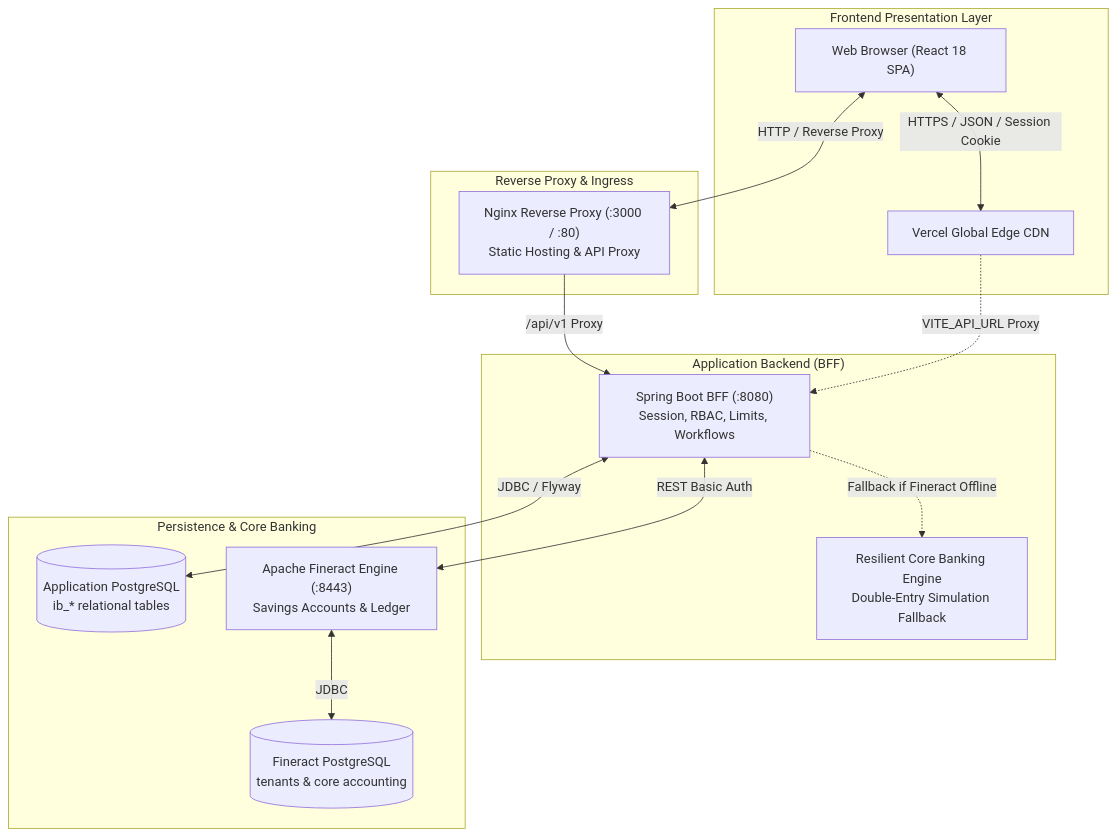
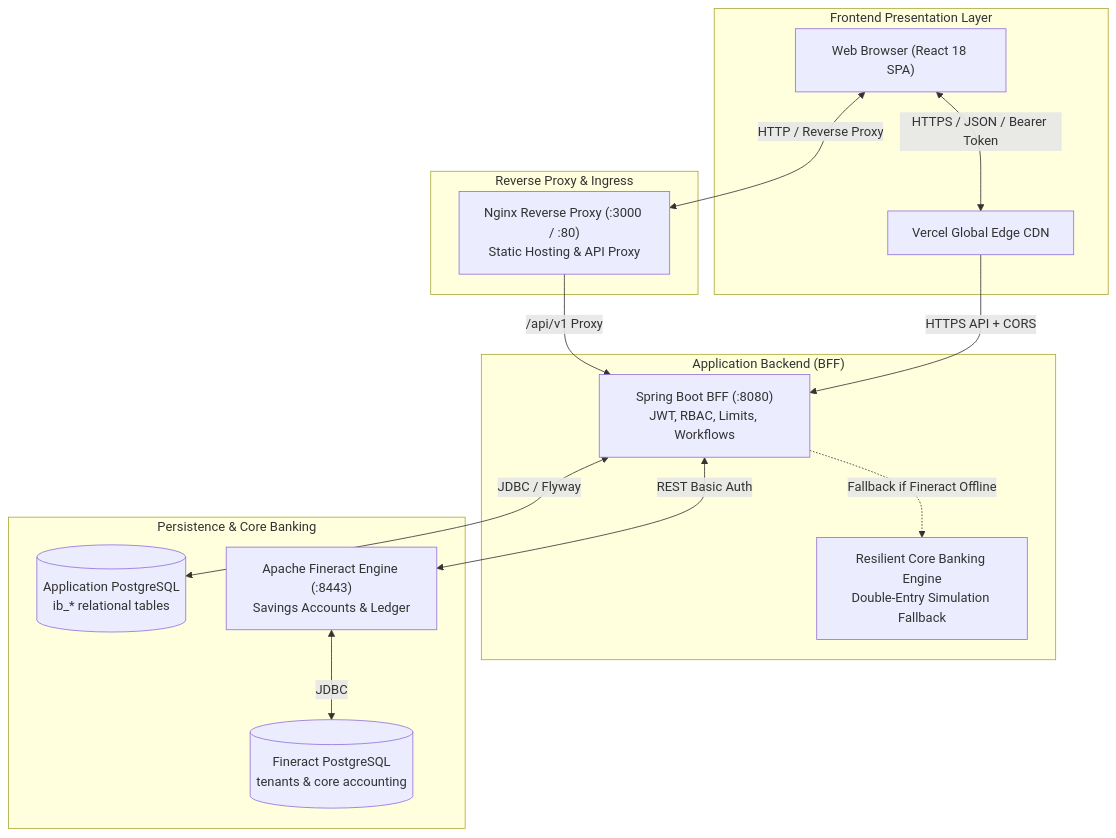
One commit to anandsitaram/internet-banking changed the diagram in docs/setup-guide.md. Above: the diagram before and after it, drawn with Mermaid. The commit also changed other lines of this file and 24 other files, not shown here.

````diff
--- a/docs/setup-guide.md
+++ b/docs/setup-guide.md
@@ -38,31 +38,31 @@
 ```mermaid
 flowchart TD
     subgraph Client ["Frontend Presentation Layer"]
         Browser["Web Browser (React 18 SPA)"]
         VercelCDN["Vercel Global Edge CDN"]
     end
 
     subgraph Gateway ["Reverse Proxy & Ingress"]
         Nginx["Nginx Reverse Proxy (:3000 / :80)<br/>Static Hosting & API Proxy"]
     end
 
     subgraph ApplicationServer ["Application Backend (BFF)"]
-        BFF["Spring Boot BFF (:8080)<br/>Session, RBAC, Limits, Workflows"]
+        BFF["Spring Boot BFF (:8080)<br/>JWT, RBAC, Limits, Workflows"]
         SimLedger["Resilient Core Banking Engine<br/>Double-Entry Simulation Fallback"]
     end
 
     subgraph DataStorage ["Persistence & Core Banking"]
         AppDB[("Application PostgreSQL<br/>ib_* relational tables")]
         Fineract["Apache Fineract Engine (:8443)<br/>Savings Accounts & Ledger"]
         FineractDB[("Fineract PostgreSQL<br/>tenants & core accounting")]
     end
 
-    Browser <-->|HTTPS / JSON / Session Cookie| VercelCDN
+    Browser <-->|HTTPS / JSON / Bearer Token| VercelCDN
     Browser <-->|HTTP / Reverse Proxy| Nginx
     Nginx -->|/api/v1 Proxy| BFF
-    VercelCDN -.->|VITE_API_URL Proxy| BFF
+    VercelCDN -->|HTTPS API + CORS| BFF
     BFF <-->|JDBC / Flyway| AppDB
     BFF <-->|REST Basic Auth| Fineract
     BFF -.->|Fallback if Fineract Offline| SimLedger
     Fineract <-->|JDBC| FineractDB
 ```
````
